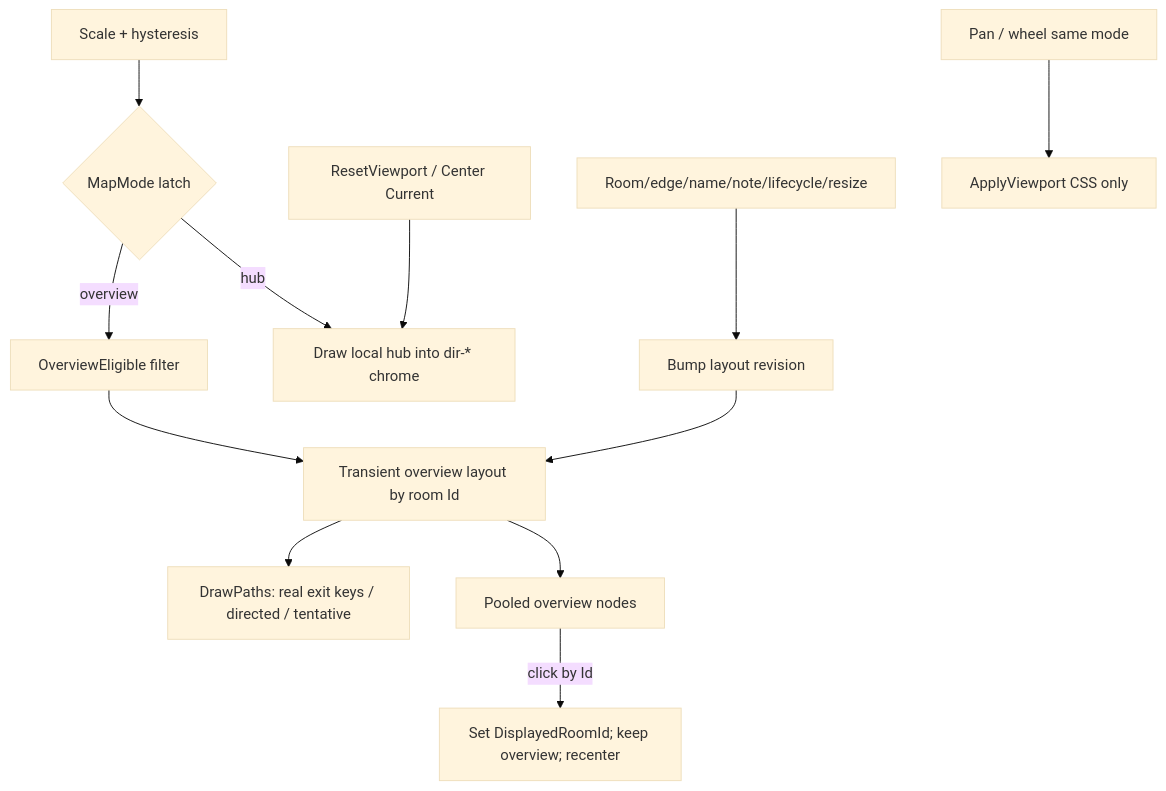
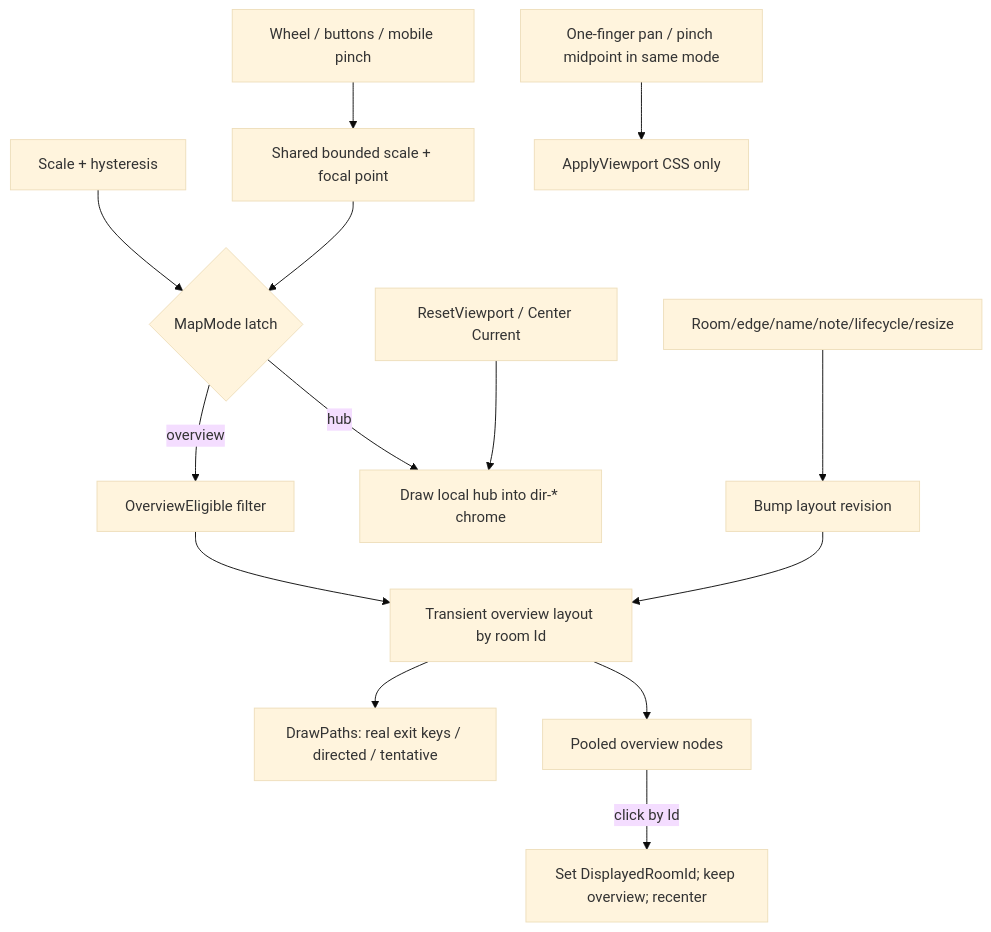
Before and after one commit to Hymlock/ParchLock: diagram 52 of 53 in ARCHITECTURE_UML.md, drawn with Mermaid (base theme). The commit also changed other lines of this file and 1 other file, not shown here.

Commit message:
Add mobile pinch zoom to D202 plan

````diff
--- a/ARCHITECTURE_UML.md
+++ b/ARCHITECTURE_UML.md
@@ -3385,14 +3392,16 @@
 ```mermaid
 flowchart TD
   Scale[Scale + hysteresis] --> Latch{MapMode latch}
   Latch -->|hub| Hub[Draw local hub into dir-* chrome]
   Latch -->|overview| Pred[OverviewEligible filter]
   Pred --> Lay[Transient overview layout by room Id]
   Lay --> Nodes[Pooled overview nodes]
   Lay --> Edges[DrawPaths: real exit keys / directed / tentative]
   Nodes -->|click by Id| Focus[Set DisplayedRoomId; keep overview; recenter]
   Reset[ResetViewport / Center Current] --> Hub
   Graph[Room/edge/name/note/lifecycle/resize] --> Rev[Bump layout revision]
   Rev --> Lay
-  Pan[Pan / wheel same mode] --> CSS[ApplyViewport CSS only]
+  Gesture[Wheel / buttons / mobile pinch] --> ScalePath[Shared bounded scale + focal point]
+  ScalePath --> Latch
+  Pan[One-finger pan / pinch midpoint in same mode] --> CSS[ApplyViewport CSS only]
 ```
````
